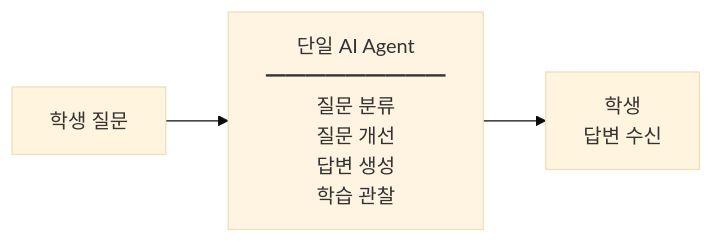
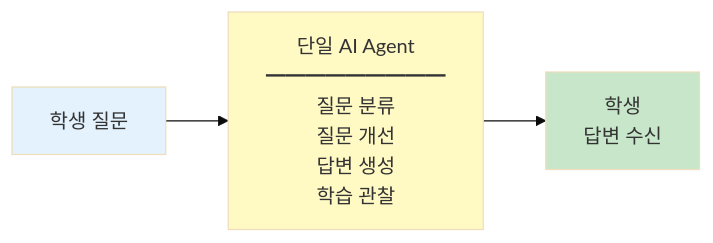
The third of 5 diagrams in docs/chapters/02-theoretical-background.md (KimKyuBong/maice-paper-deploy), drawn with Mermaid (base theme) before and after one commit. The commit also changed other lines of this file and 107 other files, not shown here.

````diff
--- a/docs/chapters/02-theoretical-background.md
+++ b/docs/chapters/02-theoretical-background.md
@@ -381,12 +386,14 @@
 ```mermaid
 flowchart LR
     S["학생 질문"]
     
     A["단일 AI Agent<br/>━━━━━━━━━<br/>질문 분류<br/>질문 개선<br/>답변 생성<br/>학습 관찰"]
     
     R["학생<br/>답변 수신"]
     
     S --> A --> R
     
-    style A fill:#fff4e1
+    style S fill:#E3F2FD
+    style A fill:#FFF9C4
+    style R fill:#C8E6C9
 ```
````
